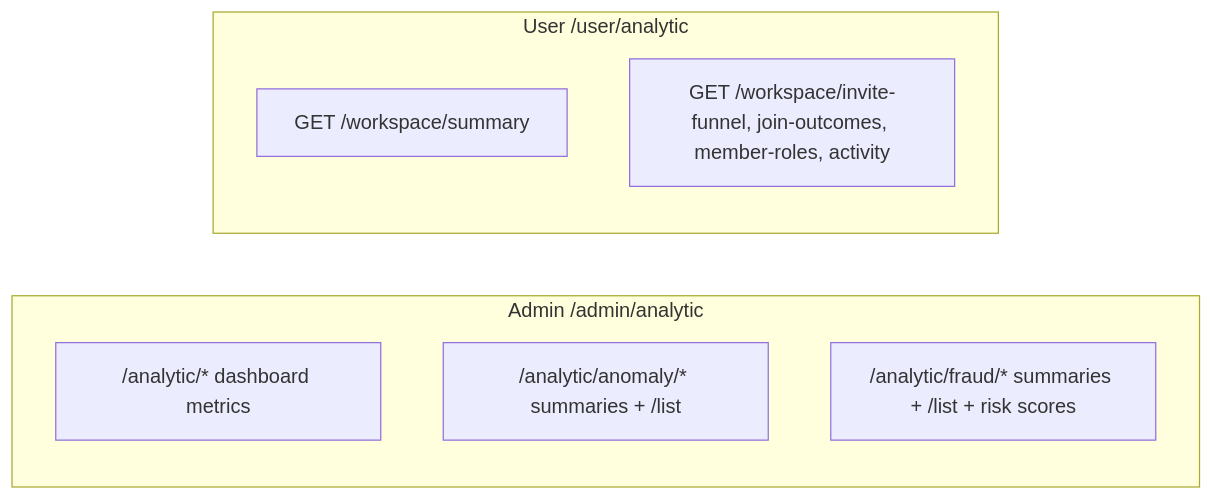
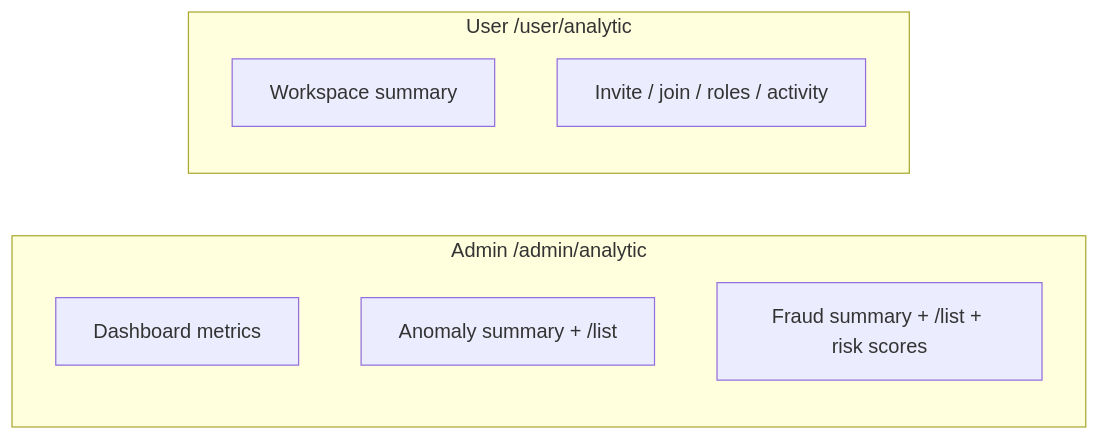
The diagram in docs/analytic.md (andrechristikan/ack-nestjs-boilerplate), drawn with Mermaid before and after one commit. The commit also changed other lines of this file and 139 other files, not shown here.

````diff
--- a/docs/analytic.md
+++ b/docs/analytic.md
@@ -87,12 +52,12 @@
 ```mermaid
 flowchart LR
     subgraph admin [Admin /admin/analytic]
-        D["/analytic/* dashboard metrics"]
-        N["/analytic/anomaly/* summaries + /list"]
-        F["/analytic/fraud/* summaries + /list + risk scores"]
+        D["Dashboard metrics"]
+        N["Anomaly summary + /list"]
+        F["Fraud summary + /list + risk scores"]
     end
     subgraph user [User /user/analytic]
-        S["GET /workspace/summary"]
-        W["GET /workspace/invite-funnel, join-outcomes, member-roles, activity"]
+        S["Workspace summary"]
+        W["Invite / join / roles / activity"]
     end
 ```
````
